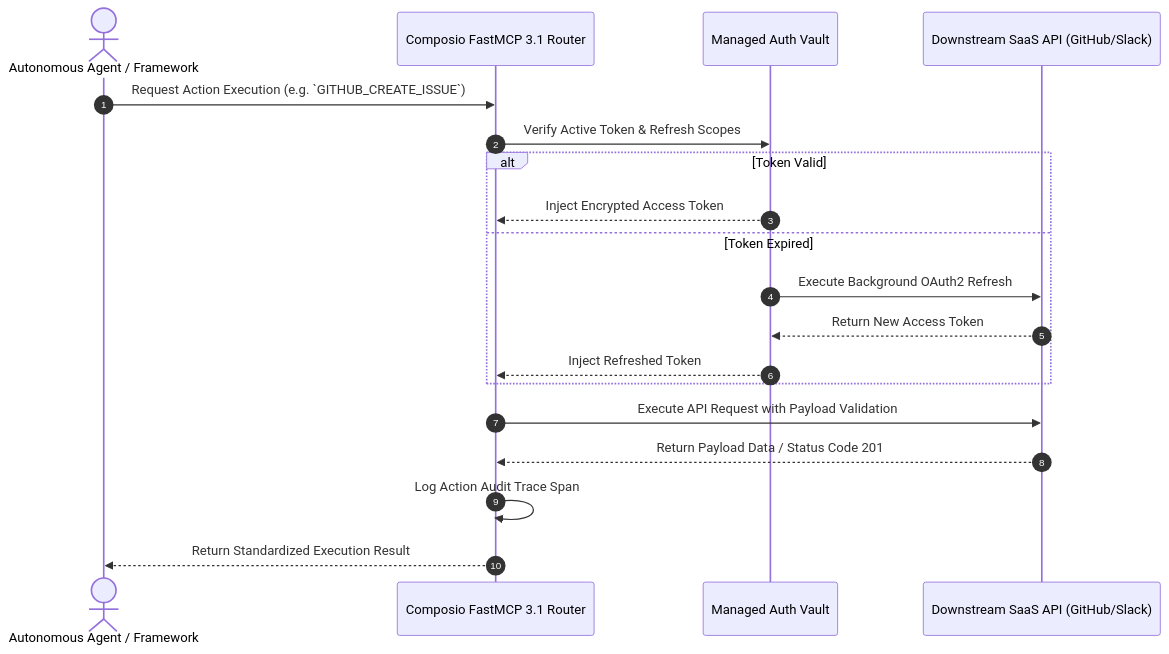
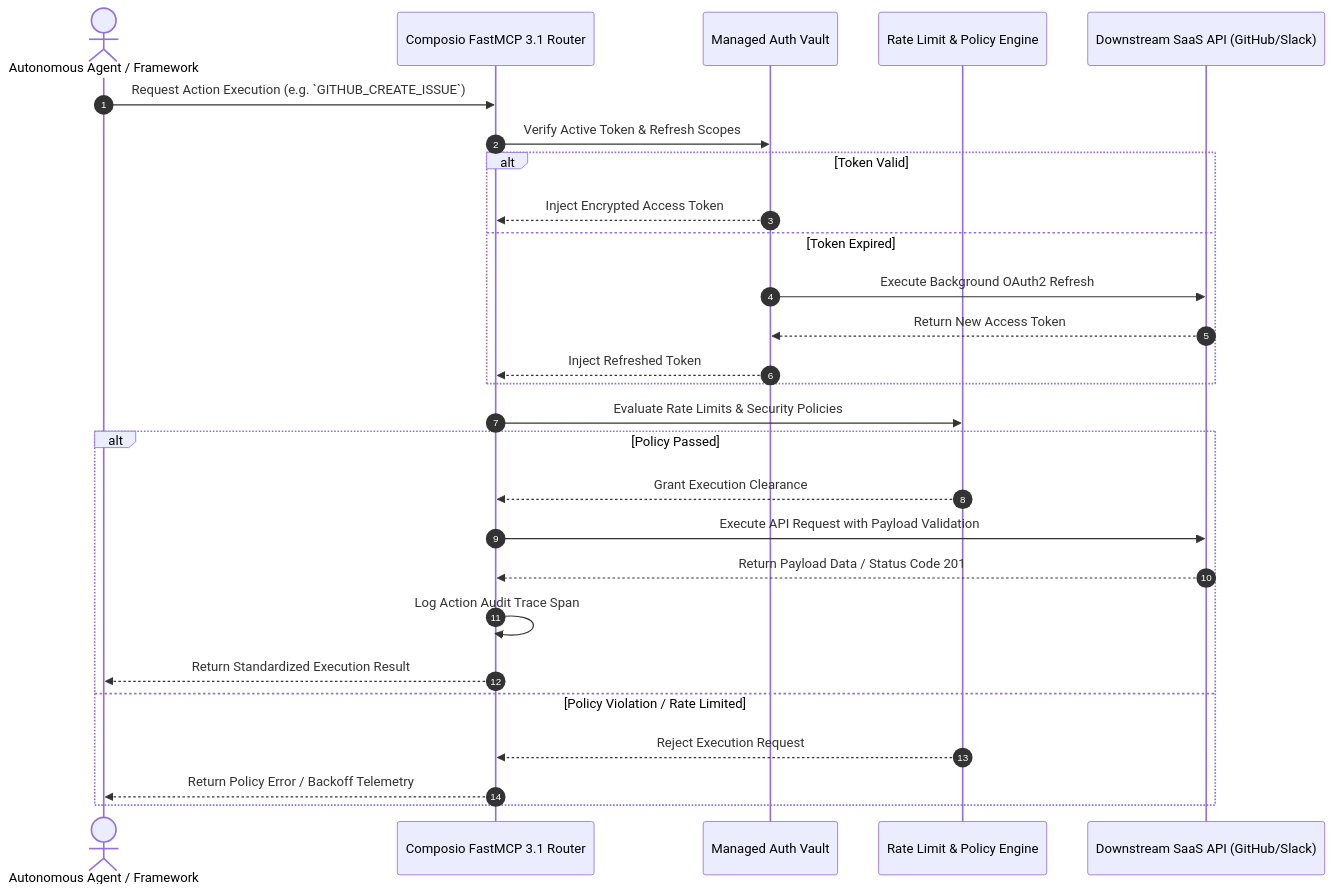
The diagram in docs/tools/agents/composio.md (joanmarcriera/Home-office-automations), drawn with Mermaid before and after one commit. The commit also changed other lines of this file and 5 other files, not shown here.

````diff
--- a/docs/tools/agents/composio.md
+++ b/docs/tools/agents/composio.md
@@ -38,22 +39,30 @@
 ```mermaid
 sequenceDiagram
     autonumber
     actor Agent as Autonomous Agent / Framework
     participant Composio as Composio FastMCP 3.1 Router
     participant AuthVault as Managed Auth Vault
+    participant CircuitBreaker as Rate Limit & Policy Engine
     participant SaaS as Downstream SaaS API (GitHub/Slack)
 
     Agent->>Composio: Request Action Execution (e.g. `GITHUB_CREATE_ISSUE`)
     Composio->>AuthVault: Verify Active Token & Refresh Scopes
     alt Token Valid
         AuthVault-->>Composio: Inject Encrypted Access Token
     else Token Expired
         AuthVault->>SaaS: Execute Background OAuth2 Refresh
         SaaS-->>AuthVault: Return New Access Token
         AuthVault-->>Composio: Inject Refreshed Token
     end
-    Composio->>SaaS: Execute API Request with Payload Validation
-    SaaS-->>Composio: Return Payload Data / Status Code 201
-    Composio->>Composio: Log Action Audit Trace Span
-    Composio-->>Agent: Return Standardized Execution Result
+    Composio->>CircuitBreaker: Evaluate Rate Limits & Security Policies
+    alt Policy Passed
+        CircuitBreaker-->>Composio: Grant Execution Clearance
+        Composio->>SaaS: Execute API Request with Payload Validation
+        SaaS-->>Composio: Return Payload Data / Status Code 201
+        Composio->>Composio: Log Action Audit Trace Span
+        Composio-->>Agent: Return Standardized Execution Result
+    else Policy Violation / Rate Limited
+        CircuitBreaker-->>Composio: Reject Execution Request
+        Composio-->>Agent: Return Policy Error / Backoff Telemetry
+    end
 ```
````
